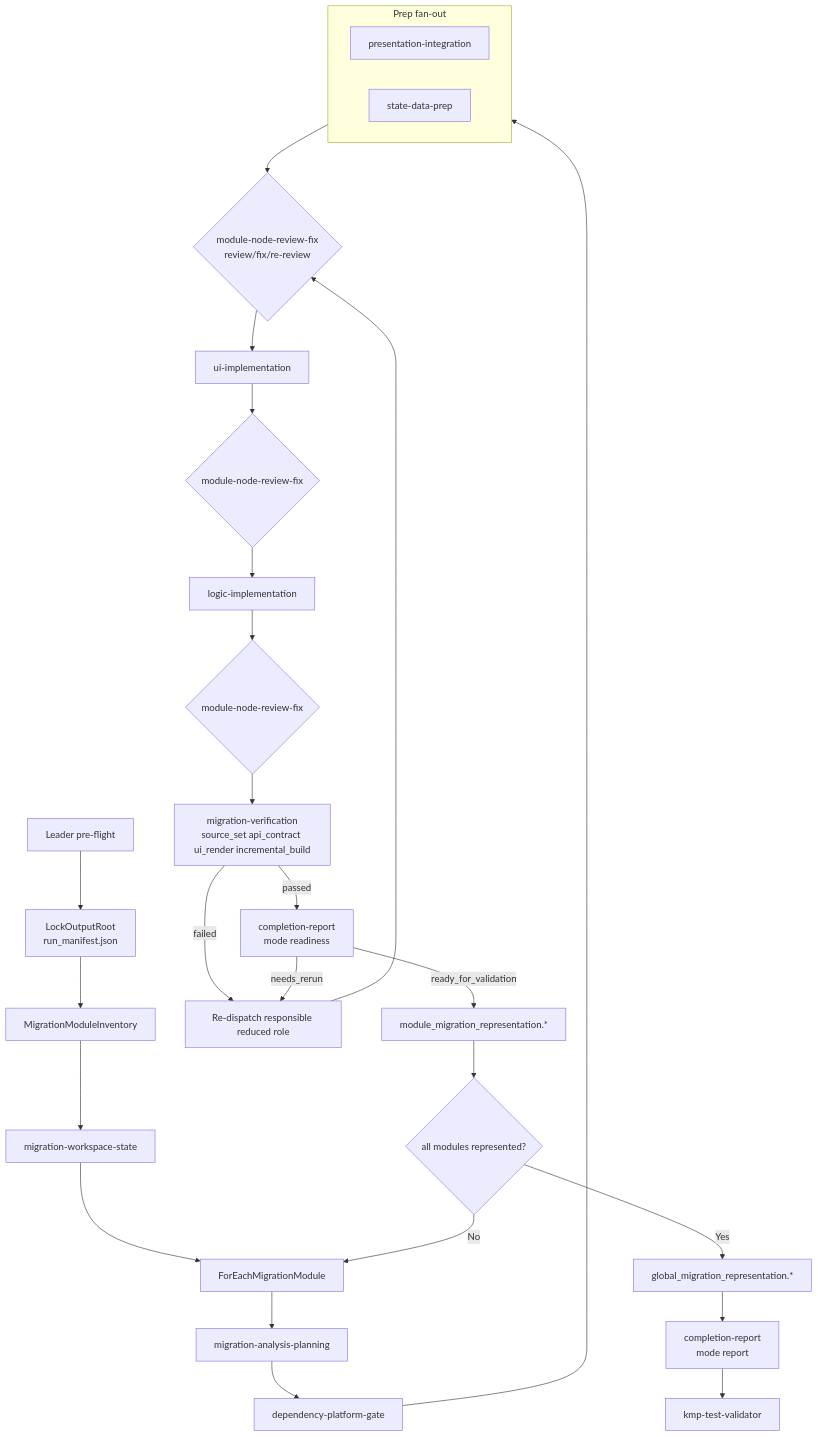
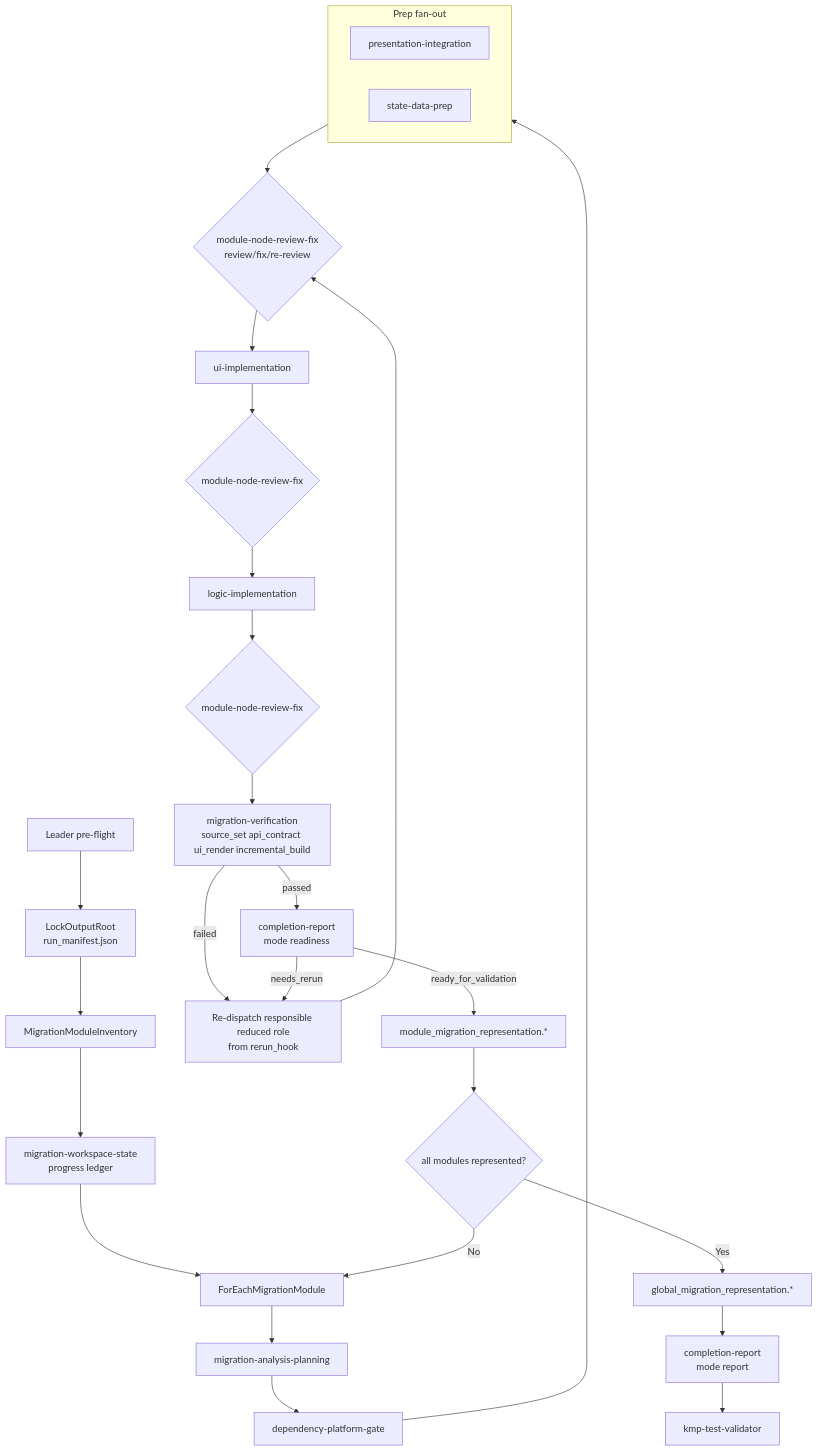
One commit to winson-AI/CodeAgent-exp changed the diagram in npx_skills/skills/android-to-kmp-migrator/workflow.md. Above: the diagram before and after it, drawn with Mermaid. The commit also changed other lines of this file and 43 other files, not shown here.

````diff
--- a/npx_skills/skills/android-to-kmp-migrator/workflow.md
+++ b/npx_skills/skills/android-to-kmp-migrator/workflow.md
@@ -7,32 +7,32 @@
 ```mermaid
 graph TD
   L0[Leader pre-flight] --> ROOT[LockOutputRoot<br/>run_manifest.json]
   ROOT --> INV[MigrationModuleInventory]
-  INV --> WS[migration-workspace-state]
+  INV --> WS[migration-workspace-state<br/>progress ledger]
   WS --> LOOP[ForEachMigrationModule]
   LOOP --> PLAN[migration-analysis-planning]
   PLAN --> DP[dependency-platform-gate]
   DP --> PREP
 
   subgraph PREP[Prep fan-out]
     PI[presentation-integration]
     SD[state-data-prep]
   end
 
   PREP --> RF1{module-node-review-fix<br/>review/fix/re-review}
   RF1 --> UI[ui-implementation]
   UI --> RF2{module-node-review-fix}
   RF2 --> LOGIC[logic-implementation]
   LOGIC --> RF3{module-node-review-fix}
   RF3 --> VER[migration-verification<br/>source_set api_contract ui_render incremental_build]
-  VER -->|failed| RESP[Re-dispatch responsible reduced role]
+  VER -->|failed| RESP[Re-dispatch responsible reduced role<br/>from rerun_hook]
   RESP --> RF1
   VER -->|passed| READY[completion-report<br/>mode readiness]
   READY -->|needs_rerun| RESP
   READY -->|ready_for_validation| MODREP[module_migration_representation.*]
   MODREP --> ALL{all modules represented?}
   ALL -- No --> LOOP
   ALL -- Yes --> GLOB[global_migration_representation.*]
   GLOB --> REPORT[completion-report<br/>mode report]
   REPORT --> KV[kmp-test-validator]
 ```
````
